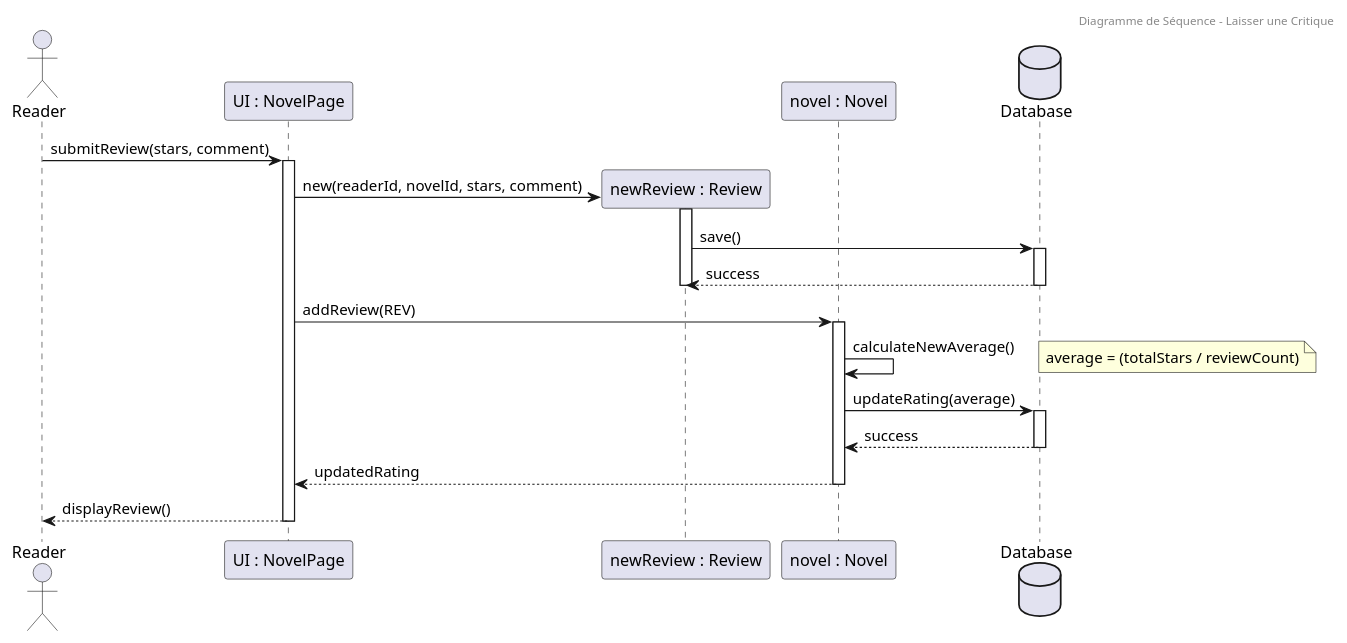
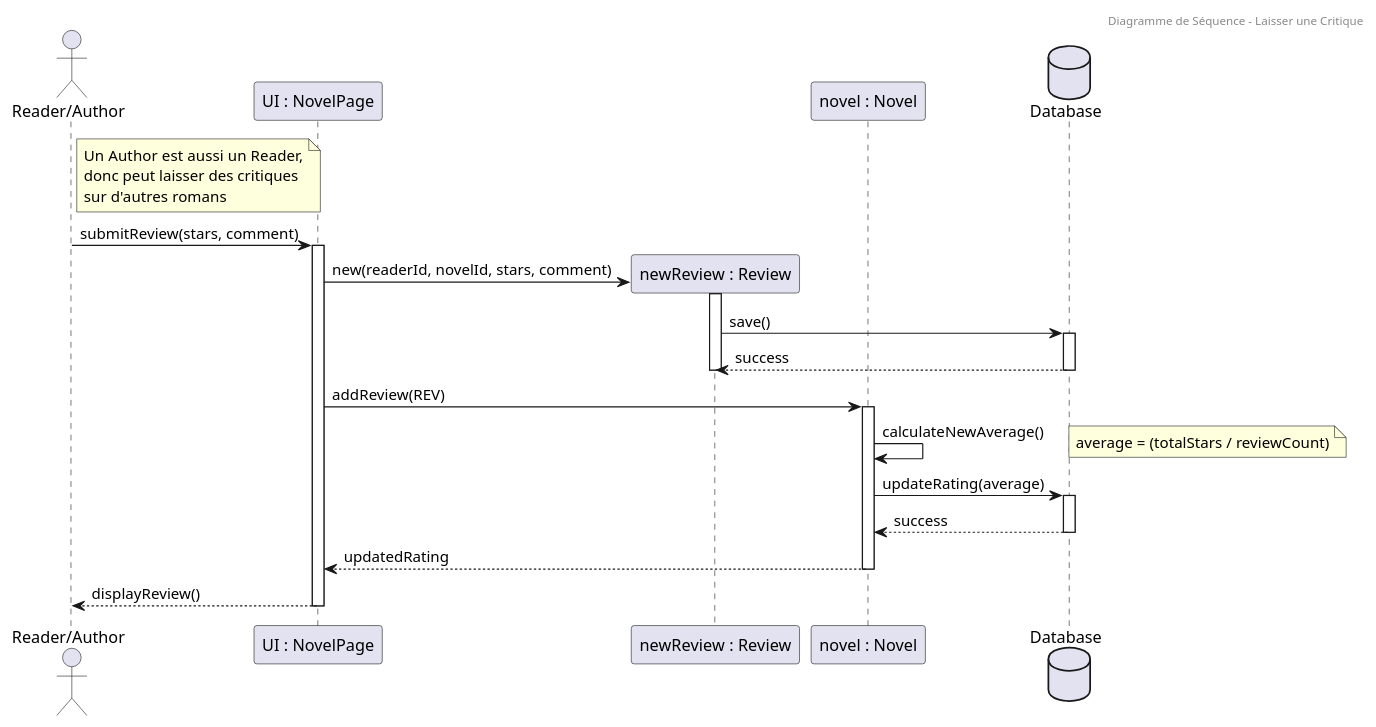
The diagram in src/Sequence/reviewing.wsd (matthieuzajac/UML_project), drawn with PlantUML before and after one commit. The commit also changed 9 other files, not shown here.

Commit message:
Modify UML diagrams: Author inherits from Reader and simplify Use Case diagram

```diff
--- a/src/Sequence/reviewing.wsd
+++ b/src/Sequence/reviewing.wsd
@@ -1,34 +1,40 @@
 @startuml sequence diagram review submission
 header Diagramme de Séquence - Laisser une Critique
-actor Reader as R
+actor "Reader/Author" as R
 participant "UI : NovelPage" as UI
 participant "newReview : Review" as REV
 participant "novel : Novel" as N
 database "Database" as DB
+
+note right of R
+  Un Author est aussi un Reader,
+  donc peut laisser des critiques
+  sur d'autres romans
+end note
 
 R -> UI : submitReview(stars, comment)
 activate UI
 create REV
 UI -> REV : new(readerId, novelId, stars, comment)
 activate REV
 
 REV -> DB : save()
 activate DB
 DB --> REV : success
 deactivate DB
 deactivate REV
 
 UI -> N : addReview(REV)
 activate N
 N -> N : calculateNewAverage()
 note right: average = (totalStars / reviewCount)
 N -> DB : updateRating(average)
 activate DB
 DB --> N : success
 deactivate DB
 N --> UI : updatedRating
 deactivate N
 
 UI --> R : displayReview()
 deactivate UI
 @enduml
```
